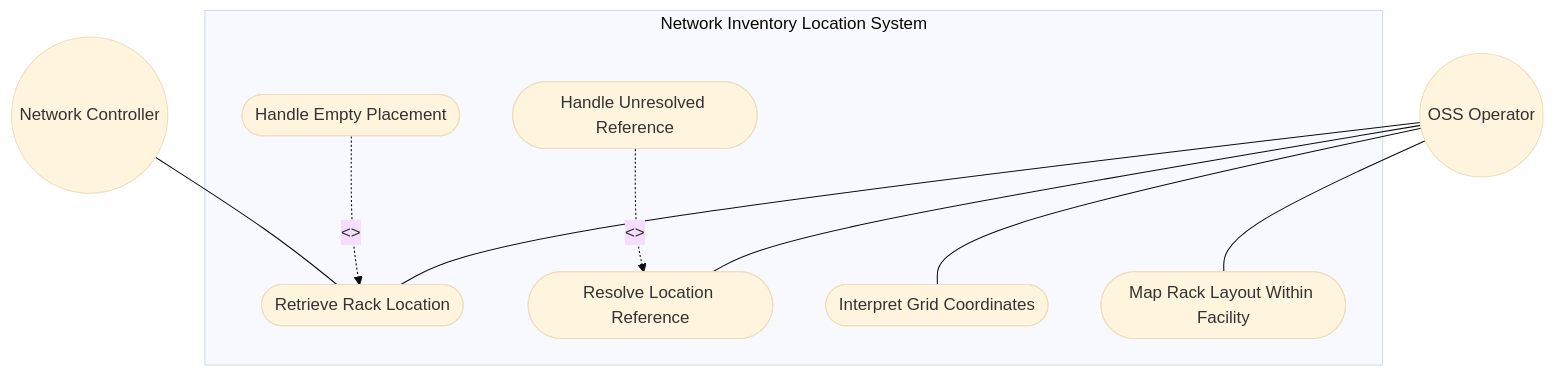
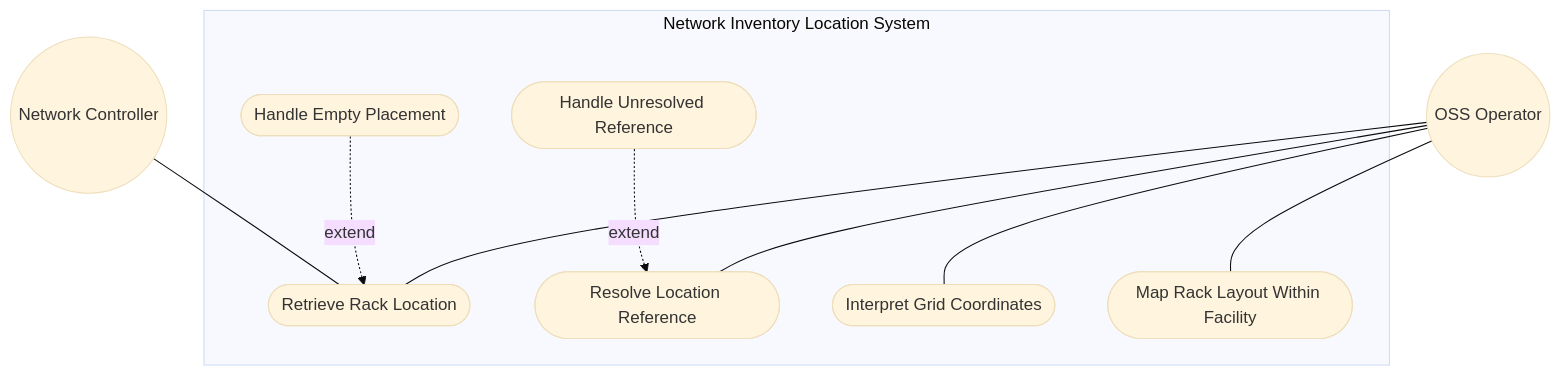
Before and after one commit to gintatkinson/3dgs-030: the first of 2 diagrams in docs/use-cases/uc-05-rack-location-container.md, drawn with Mermaid (base theme). The commit also changed 17 other files, not shown here.

Commit message:
docs: fix Mermaid UML rendering in all 18 use cases -- remove <<include>>/<<extend>> angle brackets causing GitHub renderer failure

````diff
--- a/docs/use-cases/uc-05-rack-location-container.md
+++ b/docs/use-cases/uc-05-rack-location-container.md
@@ -82,18 +82,18 @@
 ```mermaid
 graph TD
     subgraph "Network Inventory Location System"
         UC1([Retrieve Rack Location])
         UC2([Resolve Location Reference])
         UC3([Interpret Grid Coordinates])
         UC4([Map Rack Layout Within Facility])
         UC5([Handle Unresolved Reference])
         UC6([Handle Empty Placement])
     end
     OSS((OSS Operator)) --- UC1
     OSS --- UC2
     OSS --- UC3
     OSS --- UC4
-    UC5 -. "<<extend>>" .-> UC2
-    UC6 -. "<<extend>>" .-> UC1
+    UC5 -. "extend" .-> UC2
+    UC6 -. "extend" .-> UC1
     NC((Network Controller)) --- UC1
 ```
````
